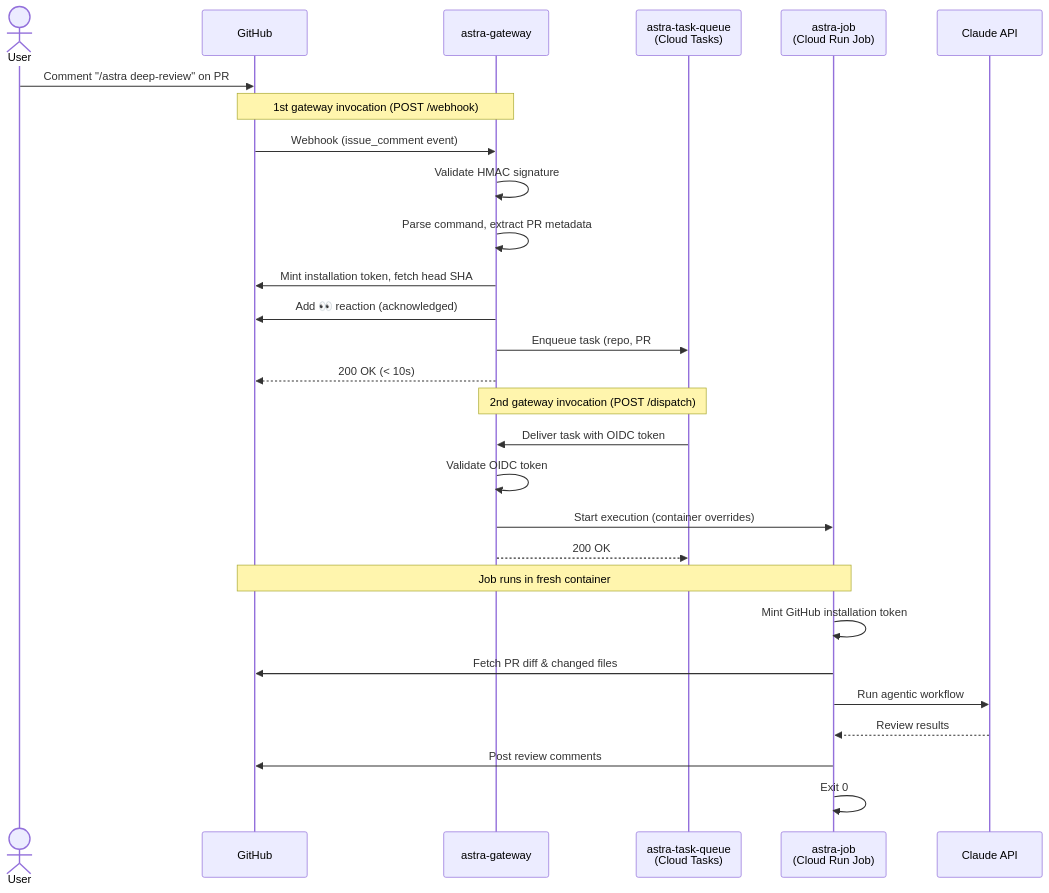
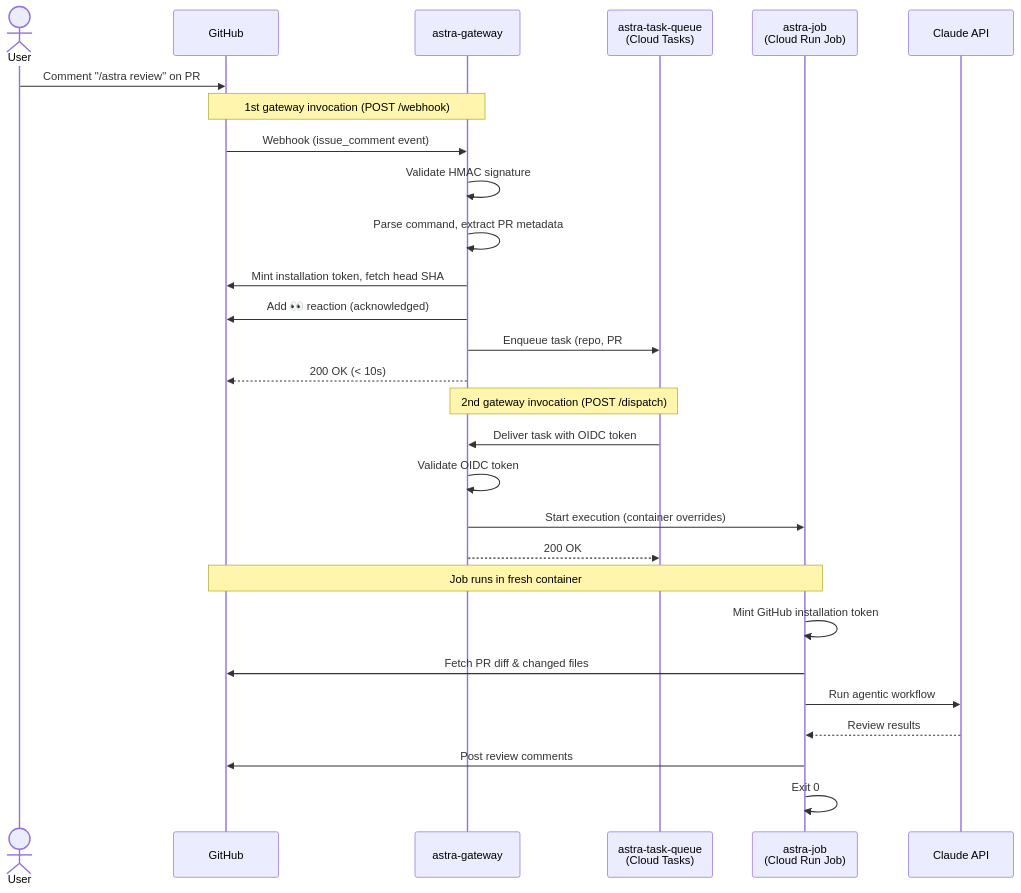
Before and after one commit to rungalileo/galileo-tooling: the diagram in bots/astra/README.md, drawn with Mermaid.

Commit message:
Fix stale deep-review command reference in README

````diff
--- a/bots/astra/README.md
+++ b/bots/astra/README.md
@@ -19,34 +19,34 @@
 ```mermaid
 sequenceDiagram
     actor User
     participant GitHub
     participant Gateway as astra-gateway
     participant Queue as astra-task-queue<br/>(Cloud Tasks)
     participant Job as astra-job<br/>(Cloud Run Job)
     participant Claude as Claude API
 
-    User->>GitHub: Comment "/astra deep-review" on PR
+    User->>GitHub: Comment "/astra review" on PR
 
     Note over GitHub,Gateway: 1st gateway invocation (POST /webhook)
     GitHub->>Gateway: Webhook (issue_comment event)
     Gateway->>Gateway: Validate HMAC signature
     Gateway->>Gateway: Parse command, extract PR metadata
     Gateway->>GitHub: Mint installation token, fetch head SHA
     Gateway->>GitHub: Add 👀 reaction (acknowledged)
     Gateway->>Queue: Enqueue task (repo, PR#, command, SHA)
     Gateway-->>GitHub: 200 OK (< 10s)
 
     Note over Queue,Gateway: 2nd gateway invocation (POST /dispatch)
     Queue->>Gateway: Deliver task with OIDC token
     Gateway->>Gateway: Validate OIDC token
     Gateway->>Job: Start execution (container overrides)
     Gateway-->>Queue: 200 OK
 
     Note over Job,GitHub: Job runs in fresh container
     Job->>Job: Mint GitHub installation token
     Job->>GitHub: Fetch PR diff & changed files
     Job->>Claude: Run agentic workflow
     Claude-->>Job: Review results
     Job->>GitHub: Post review comments
     Job->>Job: Exit 0
 ```
````
